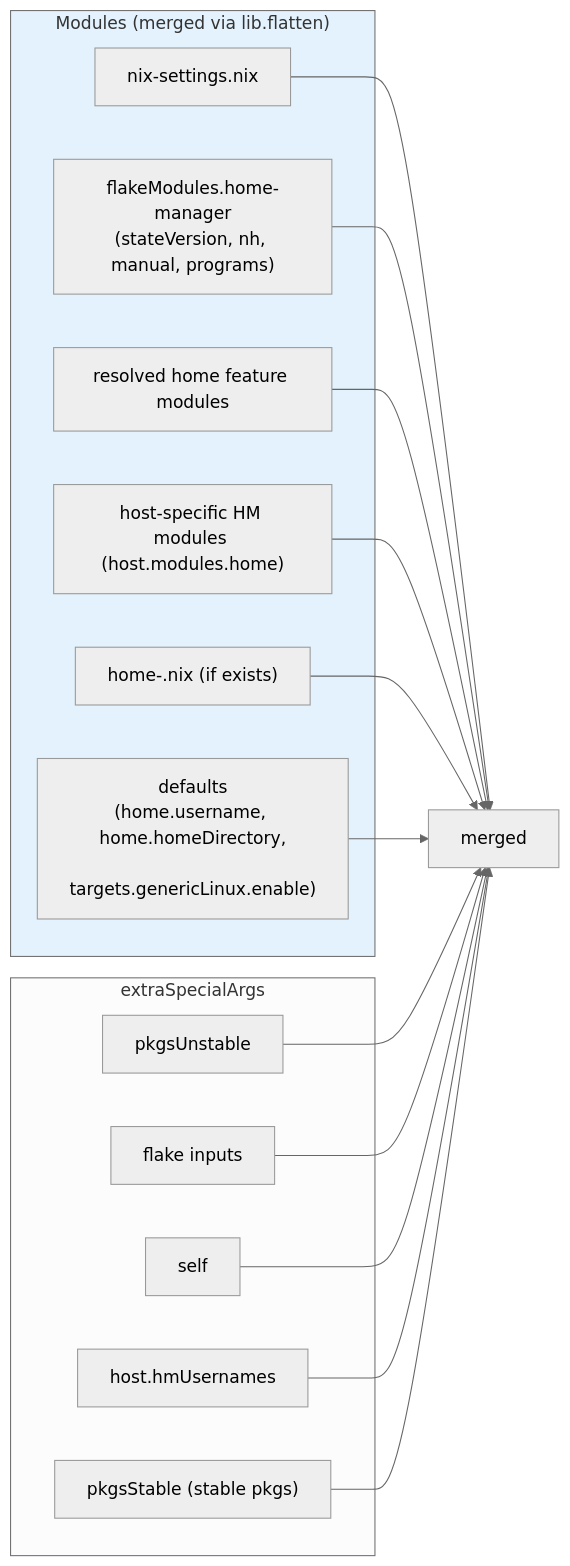
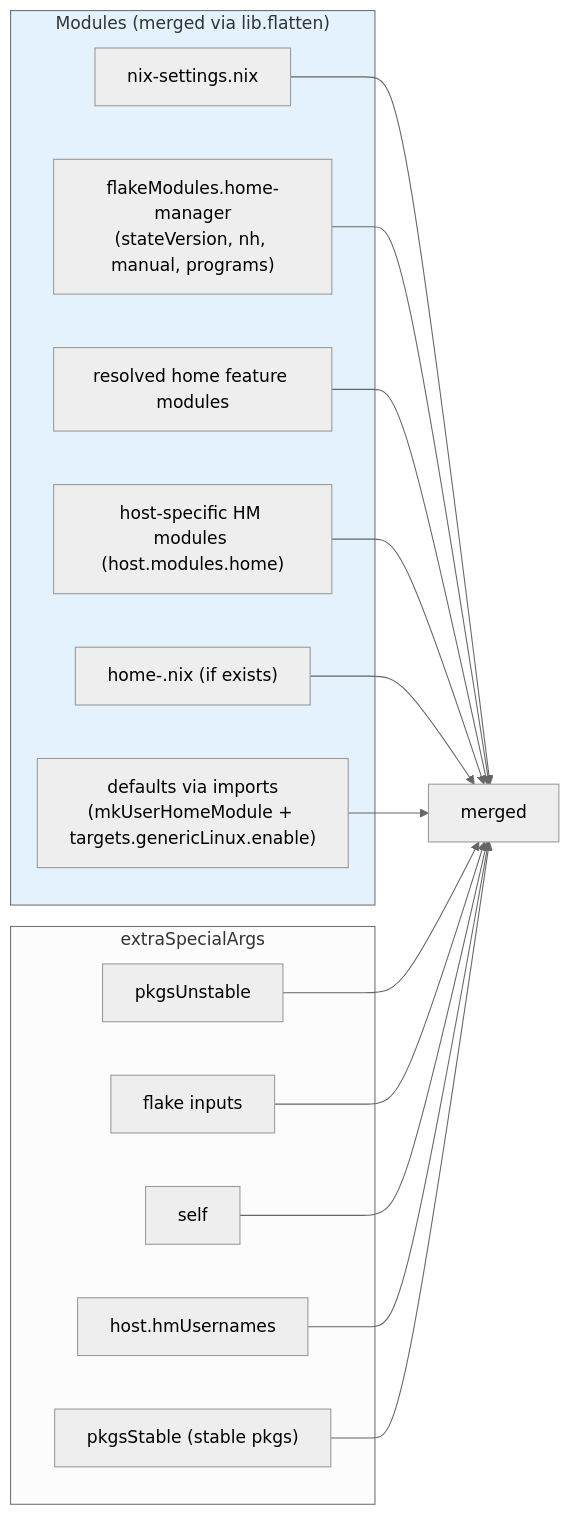
One commit to WombatFromHell/automatic-palm-tree changed the sixth of 8 diagrams in DESIGN.md. Above: the diagram before and after it, drawn with Mermaid (neutral theme). The commit also changed other lines of this file and 10 other files, not shown here.

````diff
--- a/DESIGN.md
+++ b/DESIGN.md
@@ -222,30 +226,30 @@
 ```mermaid
 flowchart LR
     subgraph M["Modules (merged via lib.flatten)"]
         nixSet["nix-settings.nix"]
         hmMod["flakeModules.home-manager\n(stateVersion, nh, manual, programs)"]
         featMod["resolved home feature modules"]
         hostMod["host-specific HM modules (host.modules.home)"]
         userMod["home-<user>.nix (if exists)"]
-        defaults["defaults\n(home.username, home.homeDirectory,\n targets.genericLinux.enable)"]
+        defaults["defaults via imports\n(mkUserHomeModule + targets.genericLinux.enable)"]
     end
     subgraph EA["extraSpecialArgs"]
         pkgsUnstable["pkgsUnstable"]
         inputs["flake inputs"]
         self["self"]
         hmUsernames["host.hmUsernames"]
         pkgsStable["pkgsStable (stable pkgs)"]
     end
     nixSet --> merged
     hmMod --> merged
     featMod --> merged
     hostMod --> merged
     userMod --> merged
     defaults --> merged
     pkgsUnstable --> merged
     inputs --> merged
     self --> merged
     hmUsernames --> merged
     pkgsStable --> merged
     style M fill:#e3f2fd
 ```
````
